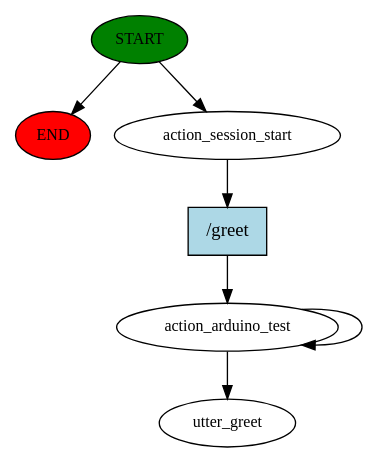
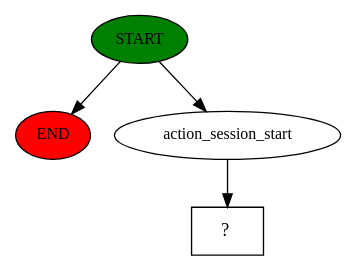
Before and after one commit to kaengurubeutel/RASA: the diagram in story_graph.dot, drawn with Graphviz. The commit also changed 7 other files, not shown here.

Commit message:
Update arduino action

```diff
--- a/story_graph.dot
+++ b/story_graph.dot
@@ -1,14 +1,9 @@
 digraph  {
 0 [class="start active", fillcolor=green, fontsize=12, label=START, style=filled];
 "-1" [class=end, fillcolor=red, fontsize=12, label=END, style=filled];
 1 [class=active, fontsize=12, label=action_session_start];
-2 [class=active, fontsize=12, label=action_arduino_test];
-6 [class="dashed active", fontsize=12, label=utter_greet];
-7 [class="intent active", fillcolor=lightblue, label="/greet", shape=rect, style=filled];
+2 [class="intent dashed active", label="  ?  ", shape=rect];
 0 -> "-1"  [class="", key=NONE, label=""];
 0 -> 1  [class=active, key=NONE, label=""];
-1 -> 7  [class=active, key=0];
-2 -> 2  [class=active, key=NONE, label=""];
-2 -> 6  [class=active, key=NONE, label=""];
-7 -> 2  [class=active, key=0];
+1 -> 2  [class=active, key=NONE, label=""];
 }
```
